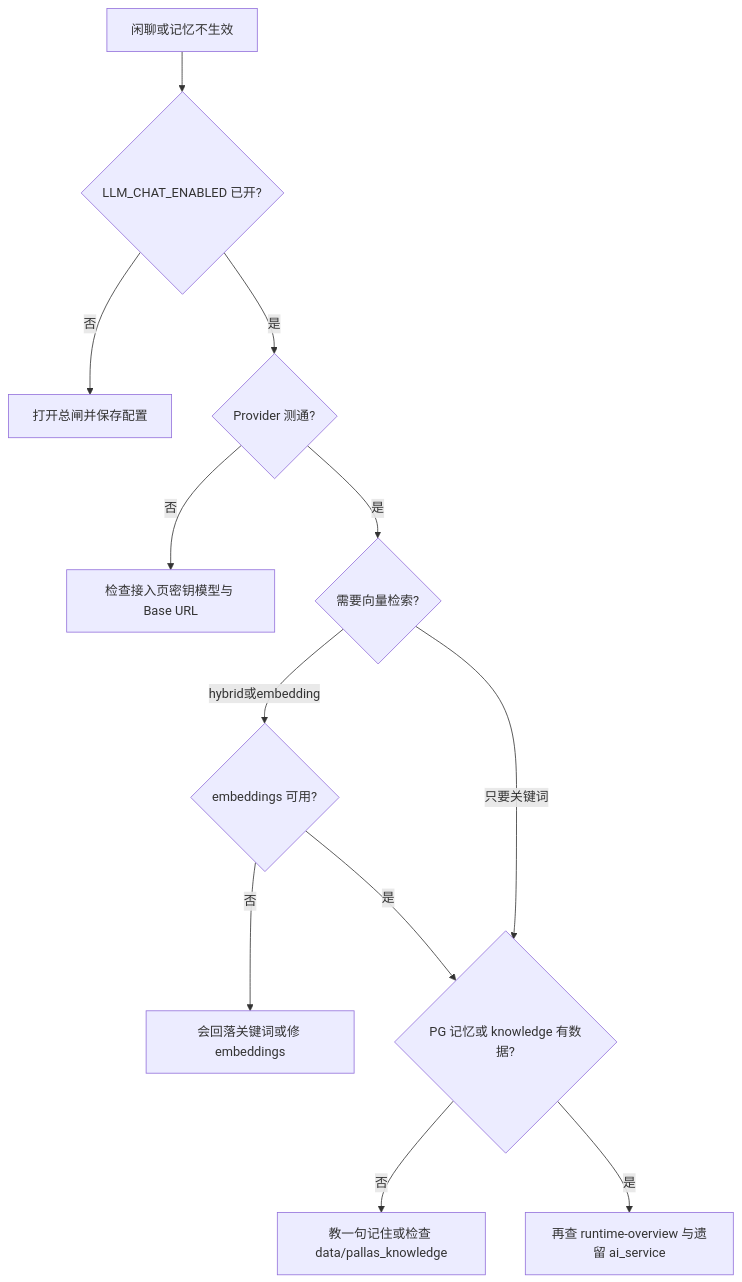
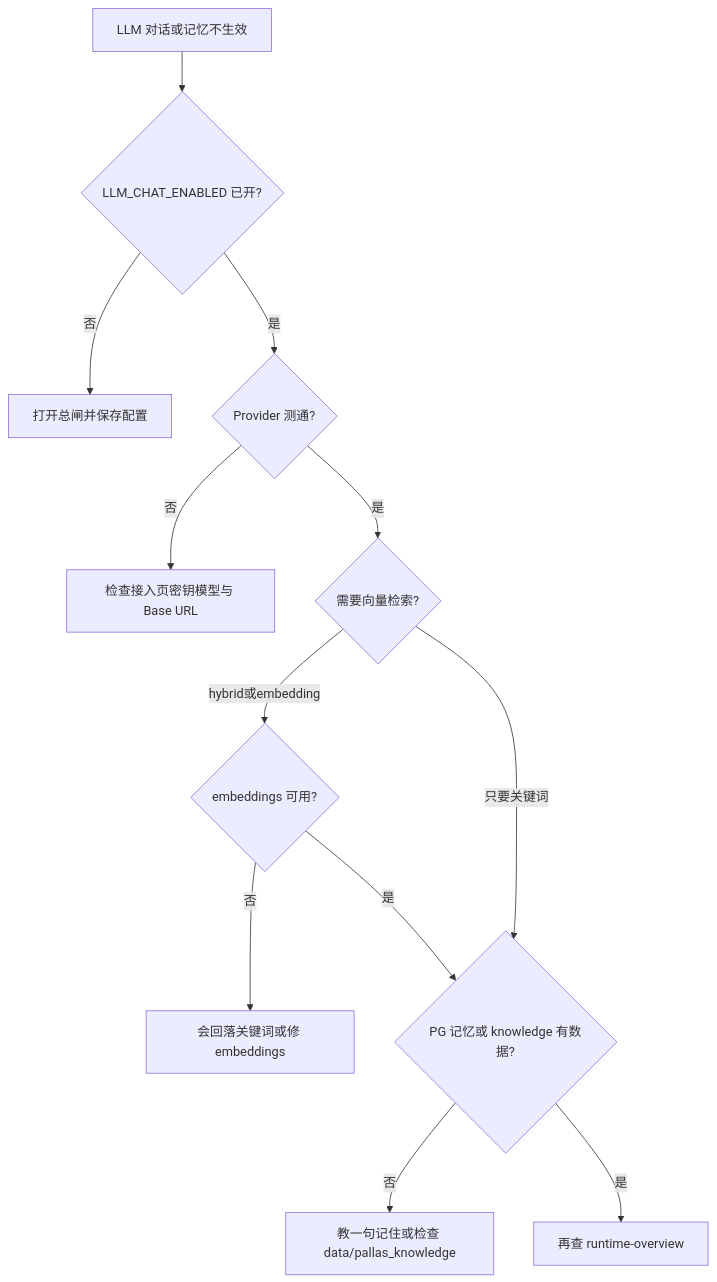
Before and after one commit to PallasBot/Pallas-Bot-Docs: the diagram in src/maintainer/operate/llm-and-ai.md, drawn with Mermaid. The commit also changed other lines of this file and 104 other files, not shown here.

````diff
--- a/src/maintainer/operate/llm-and-ai.md
+++ b/src/maintainer/operate/llm-and-ai.md
@@ -17,14 +19,14 @@
 ```mermaid
 flowchart TD
-  Start[闲聊或记忆不生效] --> Gate{LLM_CHAT_ENABLED 已开?}
+  Start[LLM 对话或记忆不生效] --> Gate{LLM_CHAT_ENABLED 已开?}
   Gate -->|否| OpenGate[打开总闸并保存配置]
   Gate -->|是| Prov{Provider 测通?}
   Prov -->|否| FixProv[检查接入页密钥模型与 Base URL]
   Prov -->|是| Emb{需要向量检索?}
   Emb -->|hybrid或embedding| EmbOk{embeddings 可用?}
   EmbOk -->|否| Fallback[会回落关键词或修 embeddings]
   EmbOk -->|是| Store{PG 记忆或 knowledge 有数据?}
   Emb -->|只要关键词| Store
   Store -->|否| Teach[教一句记住或检查 data/pallas_knowledge]
-  Store -->|是| Deeper[再查 runtime-overview 与遗留 ai_service]
+  Store -->|是| Deeper[再查 runtime-overview]
 ```
````
